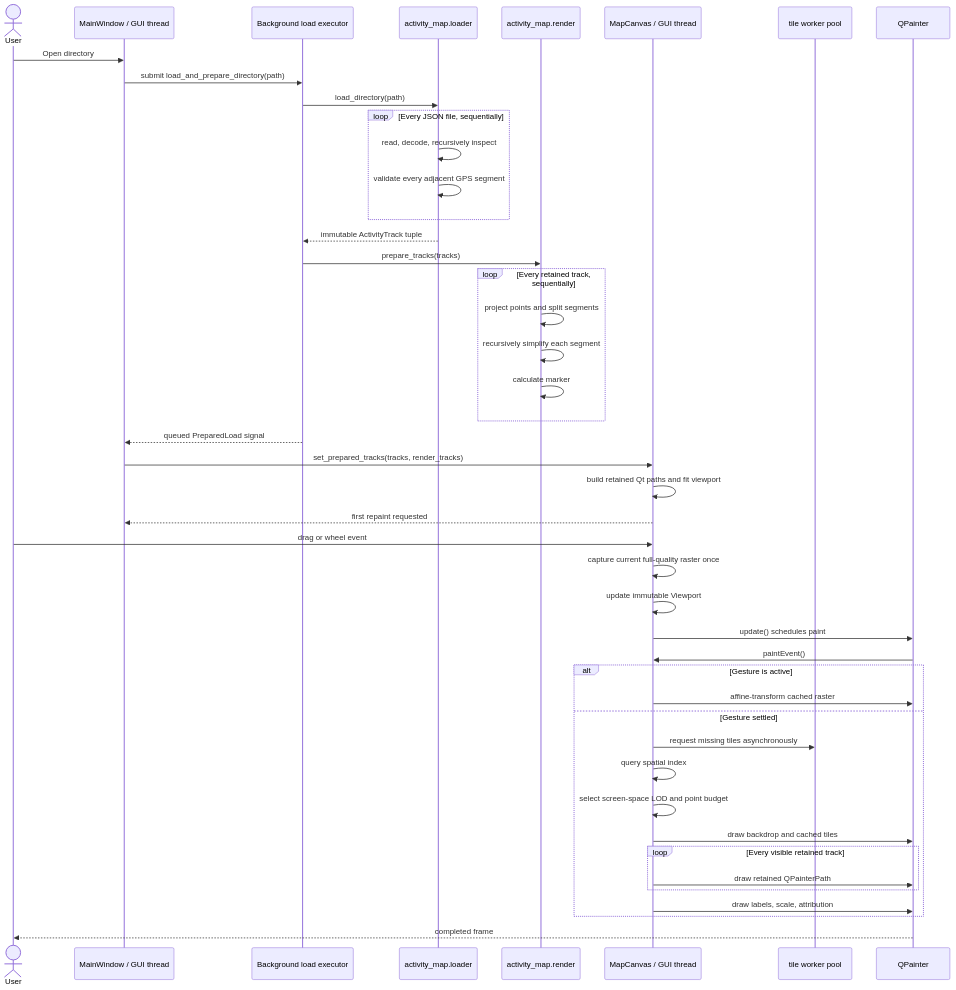
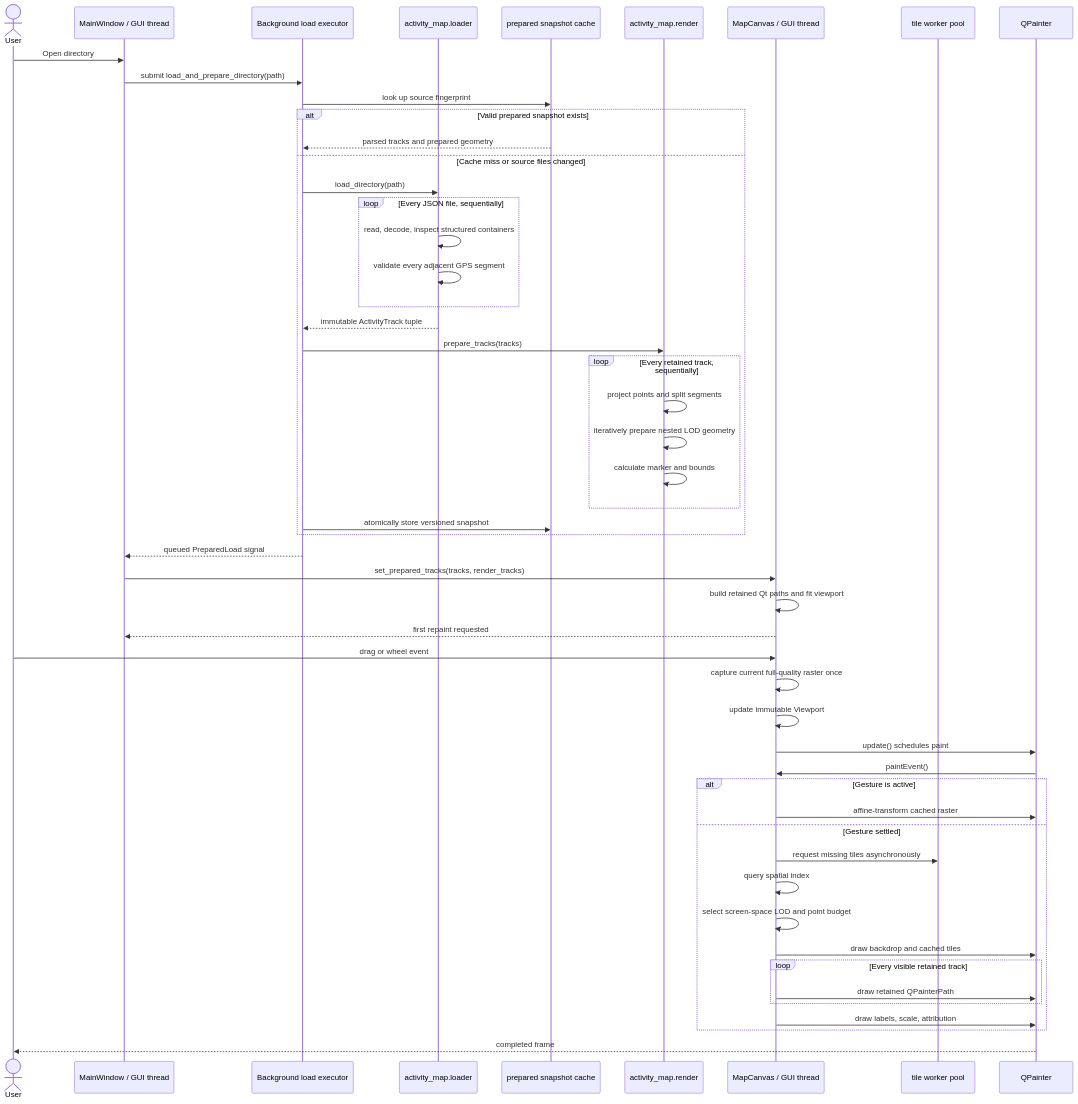
One commit to marcelpetrick/GarminActivityMap changed the second of 3 diagrams in documents/data_flow.md. Above: the diagram before and after it, drawn with Mermaid. The commit also changed other lines of this file and 9 other files, not shown here.

First line of the commit message:
perf(cache): reuse prepared activity snapshots

````diff
--- a/documents/data_flow.md
+++ b/documents/data_flow.md
@@ -66,49 +66,56 @@
 ```mermaid
 sequenceDiagram
   actor User
   participant Window as MainWindow / GUI thread
   participant Worker as Background load executor
   participant Loader as activity_map.loader
+  participant Cache as prepared snapshot cache
   participant Render as activity_map.render
   participant Canvas as MapCanvas / GUI thread
   participant Tiles as tile worker pool
   participant Qt as QPainter
 
   User->>Window: Open directory
   Window->>Worker: submit load_and_prepare_directory(path)
-  Worker->>Loader: load_directory(path)
-  loop Every JSON file, sequentially
-    Loader->>Loader: read, decode, recursively inspect
-    Loader->>Loader: validate every adjacent GPS segment
-  end
-  Loader-->>Worker: immutable ActivityTrack tuple
-  Worker->>Render: prepare_tracks(tracks)
-  loop Every retained track, sequentially
-    Render->>Render: project points and split segments
-    Render->>Render: recursively simplify each segment
-    Render->>Render: calculate marker
+  Worker->>Cache: look up source fingerprint
+  alt Valid prepared snapshot exists
+    Cache-->>Worker: parsed tracks and prepared geometry
+  else Cache miss or source files changed
+    Worker->>Loader: load_directory(path)
+    loop Every JSON file, sequentially
+      Loader->>Loader: read, decode, inspect structured containers
+      Loader->>Loader: validate every adjacent GPS segment
+    end
+    Loader-->>Worker: immutable ActivityTrack tuple
+    Worker->>Render: prepare_tracks(tracks)
+    loop Every retained track, sequentially
+      Render->>Render: project points and split segments
+      Render->>Render: iteratively prepare nested LOD geometry
+      Render->>Render: calculate marker and bounds
+    end
+    Worker->>Cache: atomically store versioned snapshot
   end
   Worker-->>Window: queued PreparedLoad signal
   Window->>Canvas: set_prepared_tracks(tracks, render_tracks)
   Canvas->>Canvas: build retained Qt paths and fit viewport
   Canvas-->>Window: first repaint requested
 
   User->>Canvas: drag or wheel event
   Canvas->>Canvas: capture current full-quality raster once
   Canvas->>Canvas: update immutable Viewport
   Canvas->>Qt: update() schedules paint
   Qt->>Canvas: paintEvent()
   alt Gesture is active
     Canvas->>Qt: affine-transform cached raster
   else Gesture settled
     Canvas->>Tiles: request missing tiles asynchronously
     Canvas->>Canvas: query spatial index
     Canvas->>Canvas: select screen-space LOD and point budget
     Canvas->>Qt: draw backdrop and cached tiles
     loop Every visible retained track
       Canvas->>Qt: draw retained QPainterPath
     end
     Canvas->>Qt: draw labels, scale, attribution
   end
   Qt-->>User: completed frame
 ```
````
